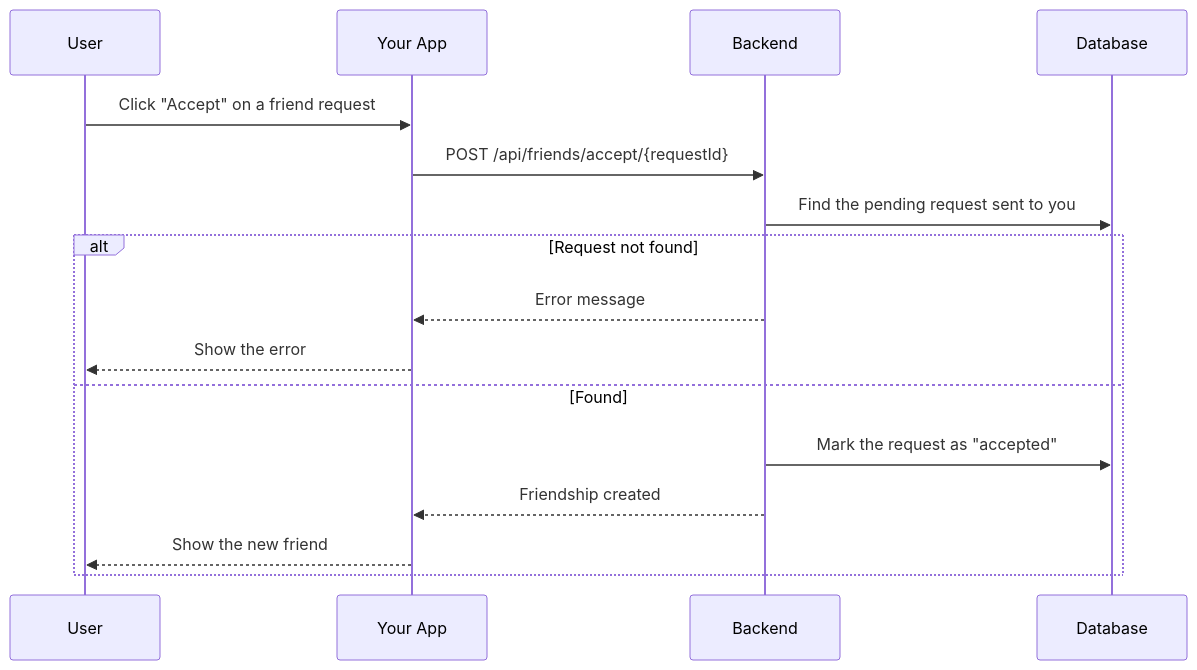
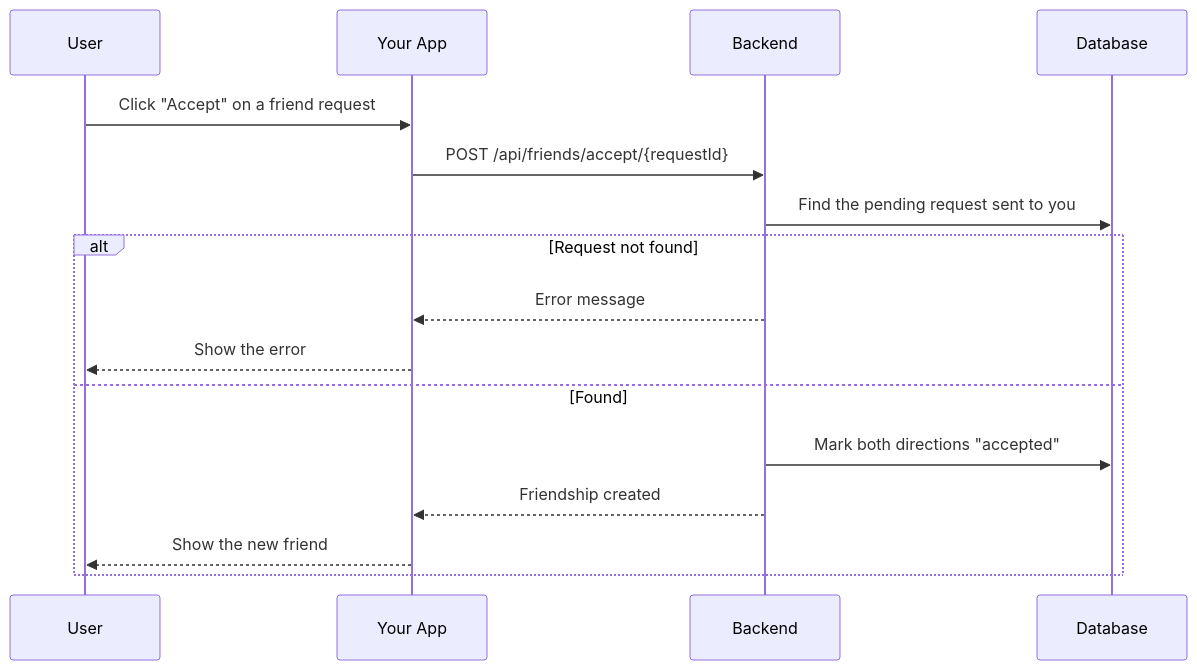
One commit to J00ZzZ/ft_transcendence changed the second of 7 diagrams in docs/backend/backend-friends-module.md. Above: the diagram before and after it, drawn with Mermaid. The commit also changed other lines of this file and 17 other files, not shown here.

````diff
--- a/docs/backend/backend-friends-module.md
+++ b/docs/backend/backend-friends-module.md
@@ -163,19 +212,19 @@
 ```mermaid
 sequenceDiagram
     participant User
     participant Site as Your App
     participant Server as Backend
     participant DB as Database
 
     User->>Site: Click "Accept" on a friend request
     Site->>Server: POST /api/friends/accept/{requestId}
     Server->>DB: Find the pending request sent to you
     alt Request not found
         Server-->>Site: Error message
         Site-->>User: Show the error
     else Found
-        Server->>DB: Mark the request as "accepted"
+        Server->>DB: Mark both directions "accepted"
         Server-->>Site: Friendship created
         Site-->>User: Show the new friend
     end
 ```
````
